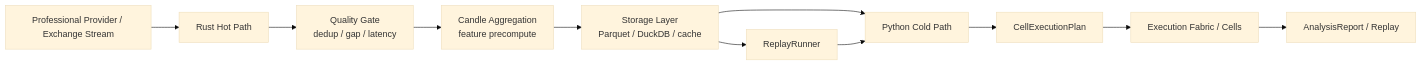
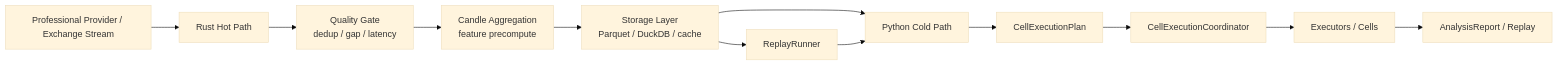
Before and after one commit to ModWU/market-cell: the diagram in docs/runtime_architecture.md, drawn with Mermaid (base theme). The commit also changed other lines of this file and 24 other files, not shown here.

Commit message:
Add plan-driven local coordinator

````diff
--- a/docs/runtime_architecture.md
+++ b/docs/runtime_architecture.md
@@ -17,14 +17,15 @@
 ```mermaid
 flowchart LR
     Provider["Professional Provider / Exchange Stream"] --> Hot["Rust Hot Path"]
     Hot --> Quality["Quality Gate<br/>dedup / gap / latency"]
     Quality --> Aggregation["Candle Aggregation<br/>feature precompute"]
     Aggregation --> Store["Storage Layer<br/>Parquet / DuckDB / cache"]
     Store --> Cold["Python Cold Path"]
     Cold --> Plan["CellExecutionPlan"]
-    Plan --> Cells["Execution Fabric / Cells"]
+    Plan --> Coordinator["CellExecutionCoordinator"]
+    Coordinator --> Cells["Executors / Cells"]
     Cells --> Report["AnalysisReport / Replay"]
 
     Store --> Replay["ReplayRunner"]
     Replay --> Cold
 ```
````
